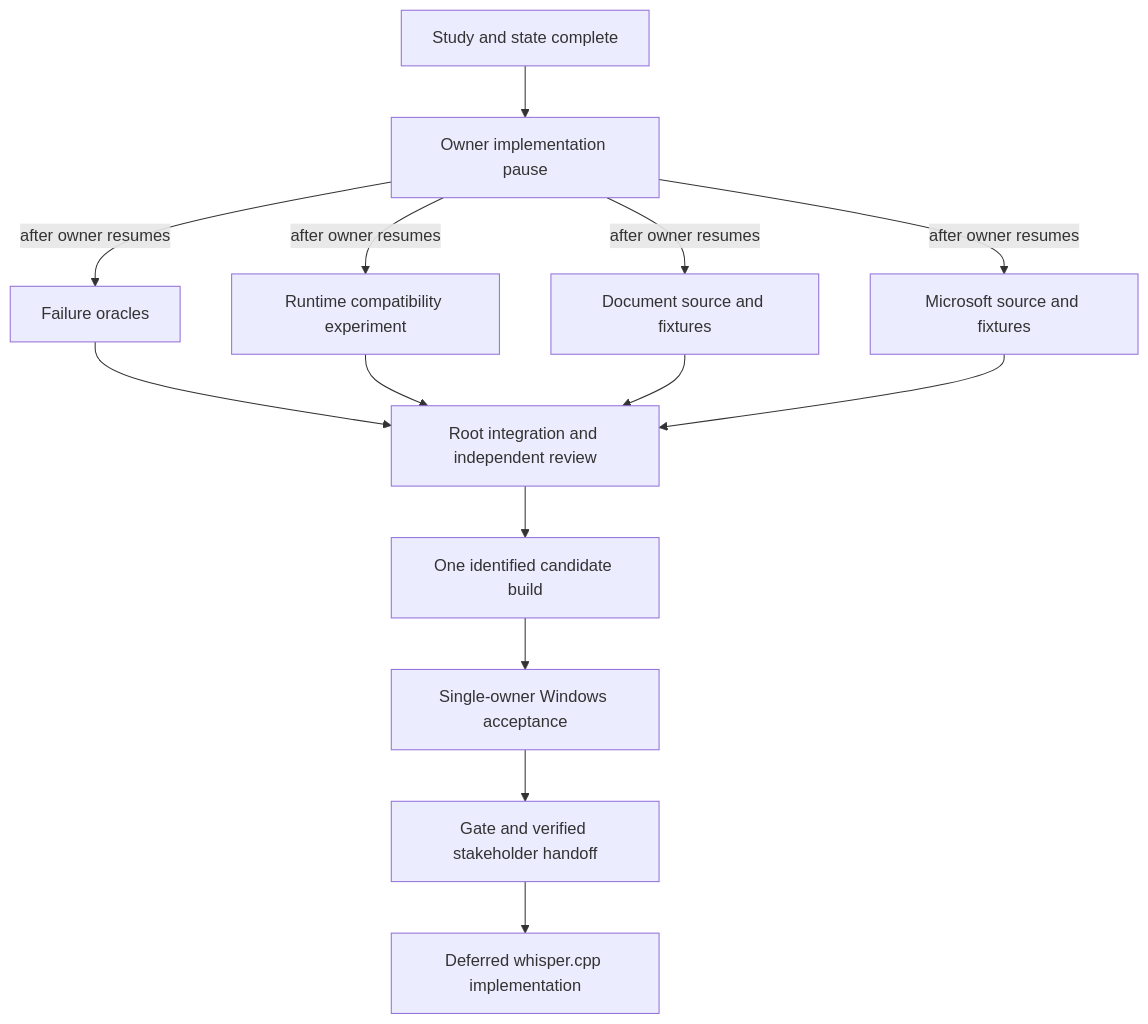
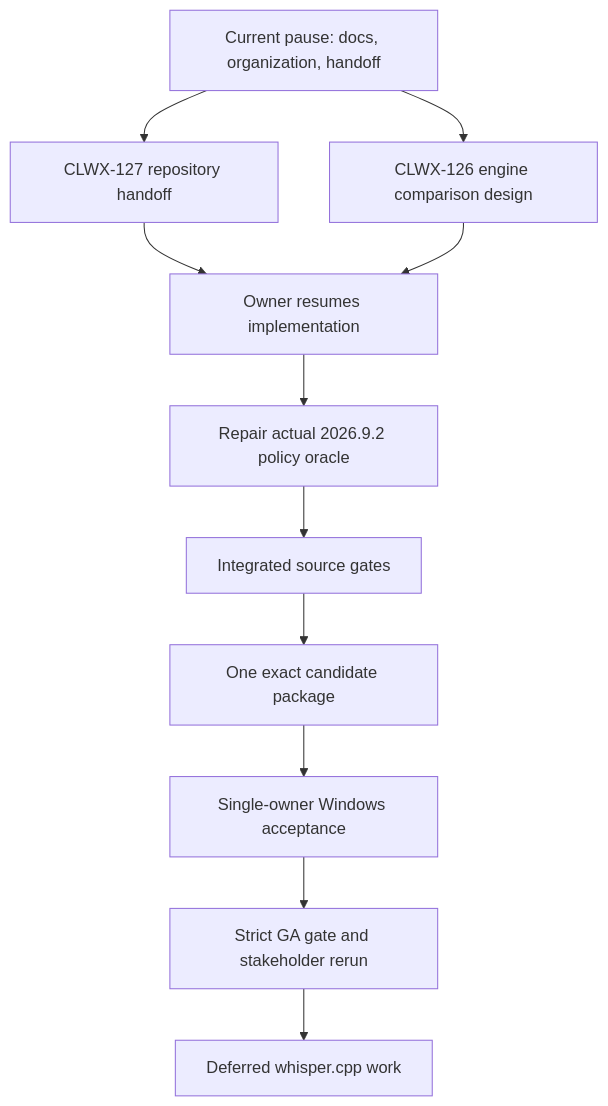
One commit to dmvevents/clawx-pilot changed the second of 2 diagrams in docs/research/OPENCLAW_WINDOWS_IMPROVEMENT_STUDY_2026-09-08.md. Above: the diagram before and after it, drawn with Mermaid. The commit also changed other lines of this file and 13 other files, not shown here.

First line of the commit message:
Preserve a verifiable release handoff before the next sprint

````diff
--- a/docs/research/OPENCLAW_WINDOWS_IMPROVEMENT_STUDY_2026-09-08.md
+++ b/docs/research/OPENCLAW_WINDOWS_IMPROVEMENT_STUDY_2026-09-08.md
@@ -210,16 +245,13 @@
 ```mermaid
 flowchart TD
-  S0[Study and state complete] --> Hold[Owner implementation pause]
-  Hold -->|after owner resumes| S1[Failure oracles]
-  Hold -->|after owner resumes| S2[Runtime compatibility experiment]
-  Hold -->|after owner resumes| S3[Document source and fixtures]
-  Hold -->|after owner resumes| S4[Microsoft source and fixtures]
-  S1 --> S5[Root integration and independent review]
-  S2 --> S5
-  S3 --> S5
-  S4 --> S5
-  S5 --> Build[One identified candidate build]
-  Build --> S6[Single-owner Windows acceptance]
-  S6 --> S7[Gate and verified stakeholder handoff]
-  S7 --> D1[Deferred whisper.cpp implementation]
+  Pause[Current pause: docs, organization, handoff] --> CLWX127[CLWX-127 repository handoff]
+  Pause --> CLWX126[CLWX-126 engine comparison design]
+  CLWX127 --> Resume[Owner resumes implementation]
+  CLWX126 --> Resume
+  Resume --> Oracle[Repair actual 2026.9.2 policy oracle]
+  Oracle --> SourceGate[Integrated source gates]
+  SourceGate --> Package[One exact candidate package]
+  Package --> WinAccept[Single-owner Windows acceptance]
+  WinAccept --> ReleaseGate[Strict GA gate and stakeholder rerun]
+  ReleaseGate --> ASR[Deferred whisper.cpp work]
 ```
````
